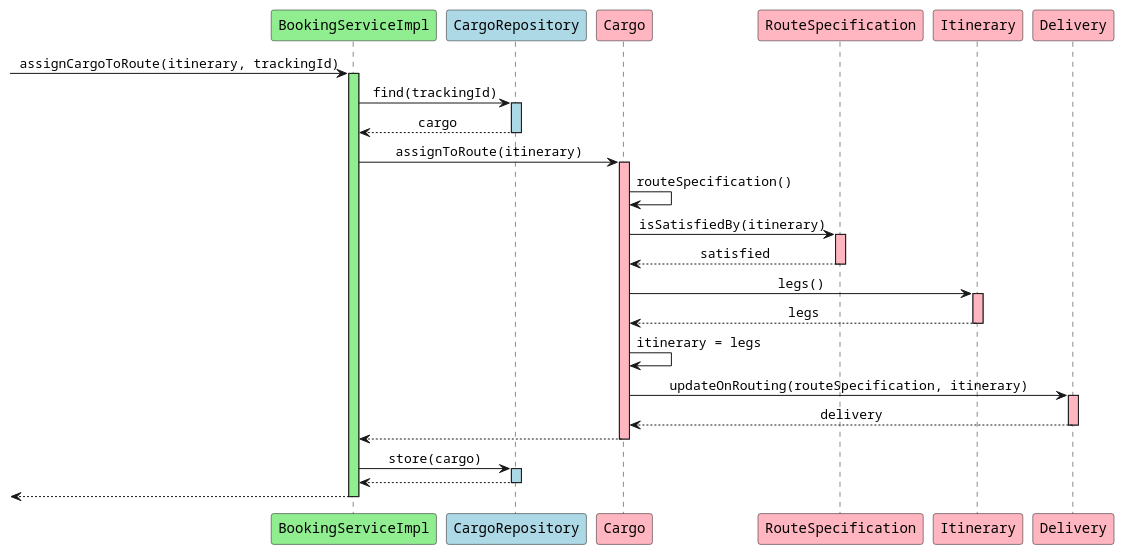
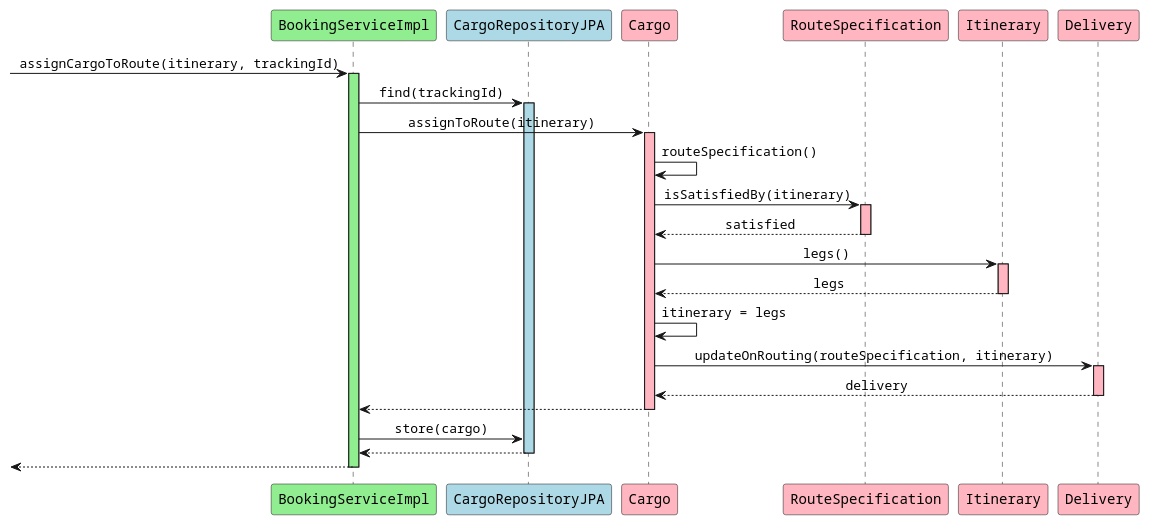
One commit to aowss/dddsample-core changed the diagram in diagrams/BookingServiceImpl_assignCargoToRoute.puml. Above: the diagram before and after it, drawn with PlantUML. The commit also changed 480 other files, not shown here.

```diff
--- a/diagrams/BookingServiceImpl_assignCargoToRoute.puml
+++ b/diagrams/BookingServiceImpl_assignCargoToRoute.puml
@@ -1,53 +1,50 @@
 @startuml
 skinparam monochrome false
 skinparam defaultFontName Courier
 skinparam sequenceMessageAlign center
 
 participant "BookingServiceImpl" as bs #lightgreen
-participant "CargoRepository" as cr #lightblue
+participant "CargoRepositoryJPA" as cr #lightblue
 participant "Cargo" as c #lightpink
 participant "RouteSpecification" as rs #lightpink
 participant "Itinerary" as i #lightpink
 participant "Delivery" as d #lightpink
 
 [-> bs: assignCargoToRoute(itinerary, trackingId)
 activate bs #lightgreen
 
 bs -> cr: find(trackingId)
 activate cr #lightblue
-cr --> bs: cargo
-deactivate cr
 
 bs -> c: assignToRoute(itinerary)
 activate c #lightpink
 
 c -> c: routeSpecification()
 c -> rs: isSatisfiedBy(itinerary)
 activate rs #lightpink
 rs --> c: satisfied
 deactivate rs
 
 c -> i: legs()
 activate i #lightpink
 i --> c: legs
 deactivate i
 
 c -> c: itinerary = legs
 
 c -> d: updateOnRouting(routeSpecification, itinerary)
 activate d #lightpink
 d --> c: delivery
 deactivate d
 
 c --> bs
 deactivate c
 
 bs -> cr: store(cargo)
-activate cr #lightblue
 cr --> bs
 deactivate cr
 
 [<-- bs
 deactivate bs
 
 @enduml 
```
